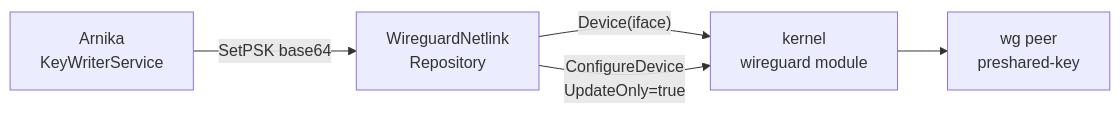
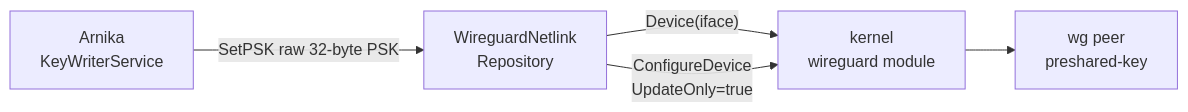
The diagram in docs/wireguard-netlink.md (arnika-project/arnika), drawn with Mermaid before and after one commit. The commit also changed other lines of this file and 54 other files, not shown here.

````diff
--- a/docs/wireguard-netlink.md
+++ b/docs/wireguard-netlink.md
@@ -57,7 +56,7 @@
 ```mermaid
 flowchart LR
-    A["Arnika<br/>KeyWriterService"] -->|SetPSK base64| R["WireguardNetlink<br/>Repository"]
+    A["Arnika<br/>KeyWriterService"] -->|SetPSK raw 32-byte PSK| R["WireguardNetlink<br/>Repository"]
     R -->|"Device(iface)"| K["kernel<br/>wireguard module"]
     R -->|"ConfigureDevice<br/>UpdateOnly=true"| K
     K --> W["wg peer<br/>preshared-key"]
 ```
````
